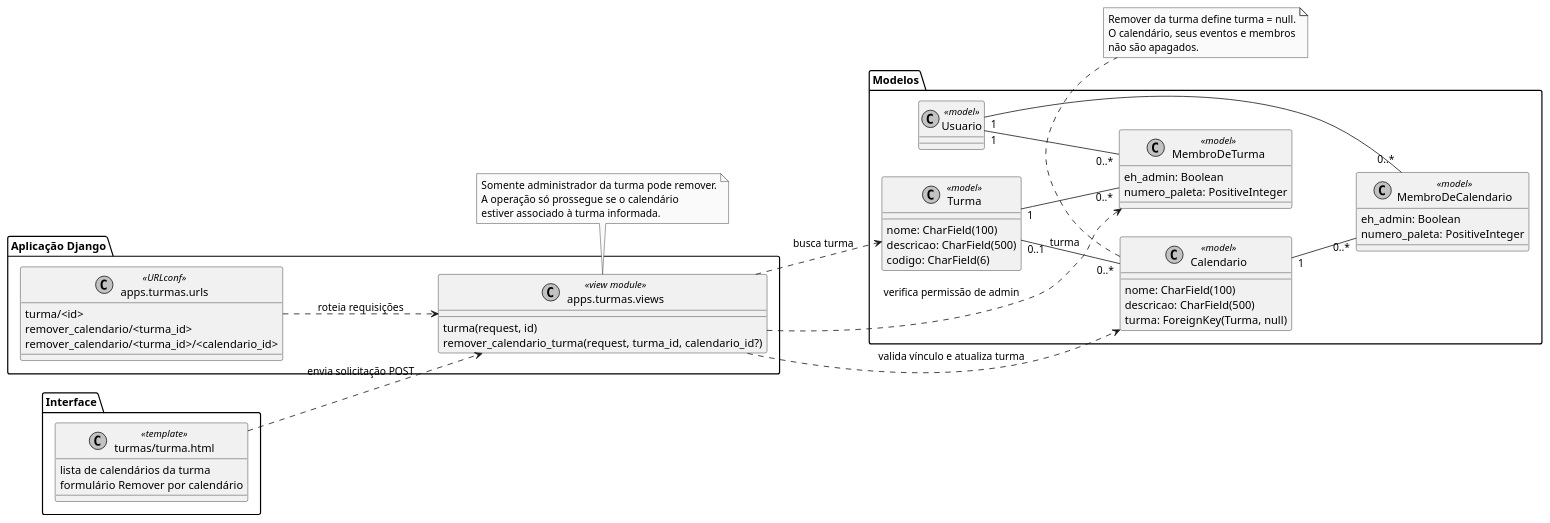
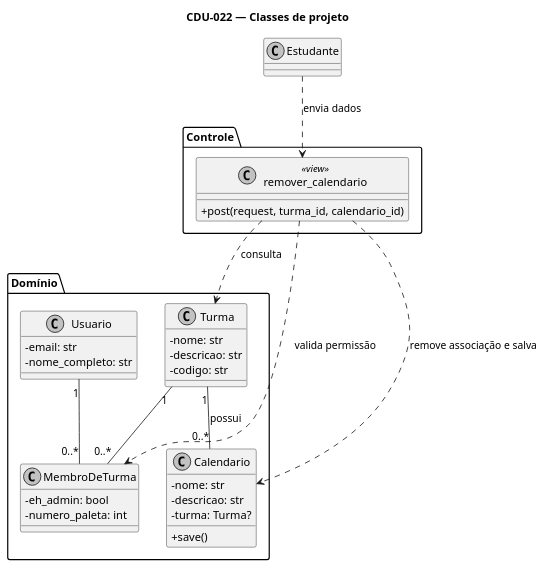
The diagram in 2026-CAP-main/doc/cdu/022/cdu_022_class.puml (jg-016/cap), drawn with PlantUML before and after one commit. The commit also changed 17 other files, not shown here.

```diff
--- a/2026-CAP-main/doc/cdu/022/cdu_022_class.puml
+++ b/2026-CAP-main/doc/cdu/022/cdu_022_class.puml
@@ -1,76 +1,50 @@
 @startuml CDU_022_Remover_Calendario_da_Turma
-left to right direction
+top to bottom direction
 skinparam monochrome true
 skinparam shadowing false
 skinparam classAttributeIconSize 0
+title CDU-022 — Classes de projeto
 
-package "Interface" {
-  class "turmas/turma.html" as TurmaTemplate <<template>> {
-    lista de calendários da turma
-    formulário Remover por calendário
+class Estudante
+
+package "Controle" {
+  class remover_calendario <<view>> {
+    +post(request, turma_id, calendario_id)
   }
 }
 
-package "Aplicação Django" {
-  class "apps.turmas.views" as TurmaViews <<view module>> {
-    turma(request, id)
-    remover_calendario_turma(request, turma_id, calendario_id?)
+package "Domínio" {
+  class Usuario {
+    -email: str
+    -nome_completo: str
   }
 
-  class "apps.turmas.urls" as TurmaUrls <<URLconf>> {
-    turma/<id>
-    remover_calendario/<turma_id>
-    remover_calendario/<turma_id>/<calendario_id>
+  class Turma {
+    -nome: str
+    -descricao: str
+    -codigo: str
+  }
+
+  class MembroDeTurma {
+    -eh_admin: bool
+    -numero_paleta: int
+  }
+
+  class Calendario {
+    -nome: str
+    -descricao: str
+    -turma: Turma?
+    +save()
   }
 }
 
-package "Modelos" {
-  class Usuario <<model>>
-
-  class Turma <<model>> {
-    nome: CharField(100)
-    descricao: CharField(500)
-    codigo: CharField(6)
-  }
-
-  class MembroDeTurma <<model>> {
-    eh_admin: Boolean
-    numero_paleta: PositiveInteger
-  }
-
-  class Calendario <<model>> {
-    nome: CharField(100)
-    descricao: CharField(500)
-    turma: ForeignKey(Turma, null)
-  }
-
-  class MembroDeCalendario <<model>> {
-    eh_admin: Boolean
-    numero_paleta: PositiveInteger
-  }
-}
-
-TurmaTemplate ..> TurmaViews : envia solicitação POST
-TurmaViews ..> Turma : busca turma
-TurmaViews ..> MembroDeTurma : verifica permissão de admin
-TurmaViews ..> Calendario : valida vínculo e atualiza turma
-TurmaUrls ..> TurmaViews : roteia requisições
+Estudante ..> remover_calendario : envia dados
+remover_calendario ..> Turma : consulta
+remover_calendario ..> MembroDeTurma : valida permissão
+remover_calendario ..> Calendario : remove associação e salva
 
 Usuario "1" -- "0..*" MembroDeTurma
 Turma "1" -- "0..*" MembroDeTurma
-Turma "0..1" -- "0..*" Calendario : turma
-Usuario "1" -- "0..*" MembroDeCalendario
-Calendario "1" -- "0..*" MembroDeCalendario
+Turma "1" -- "0..*" Calendario : possui
 
-note bottom of TurmaViews
-  Somente administrador da turma pode remover.
-  A operação só prossegue se o calendário
-  estiver associado à turma informada.
-end note
-
-note bottom of Calendario
-  Remover da turma define turma = null.
-  O calendário, seus eventos e membros
-  não são apagados.
-end note
 @enduml
```
